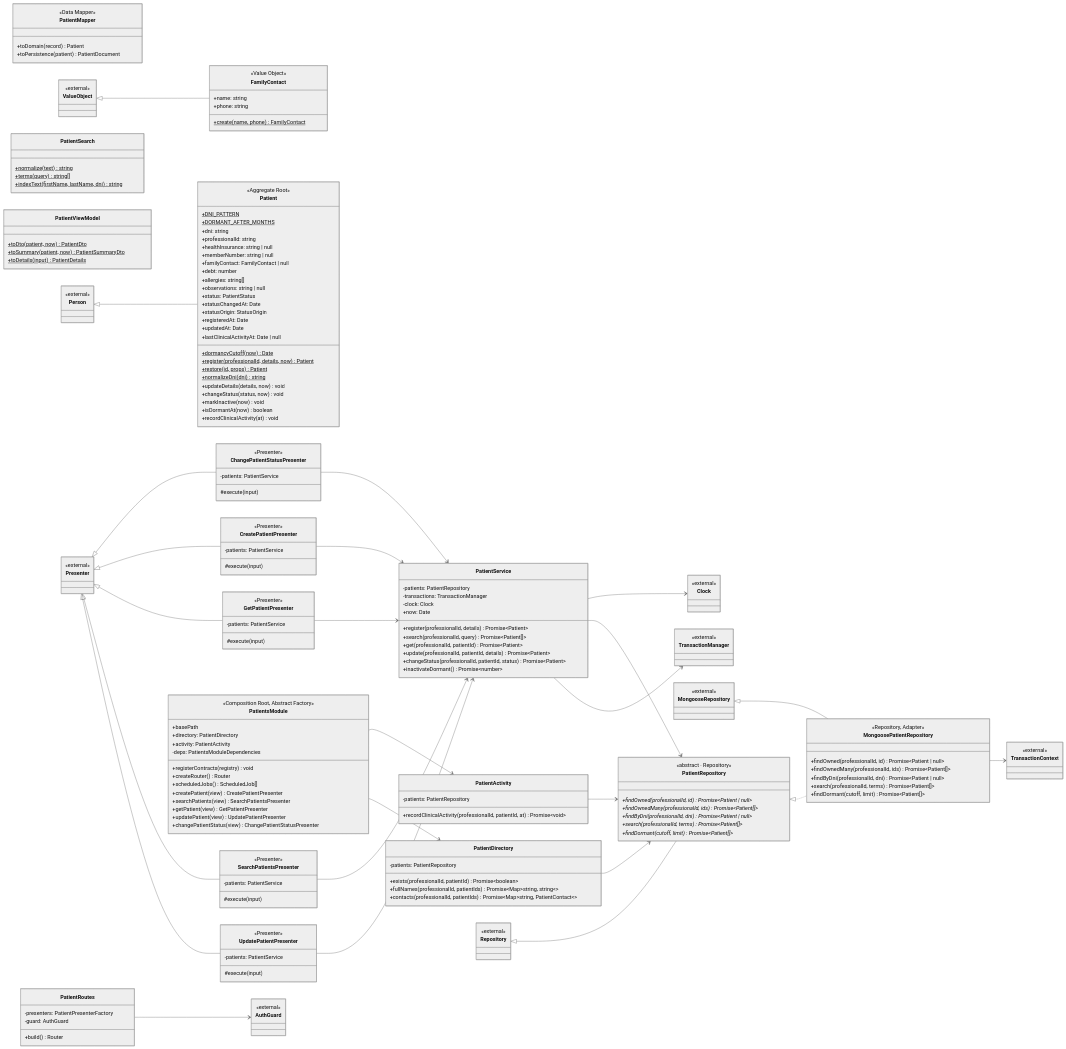
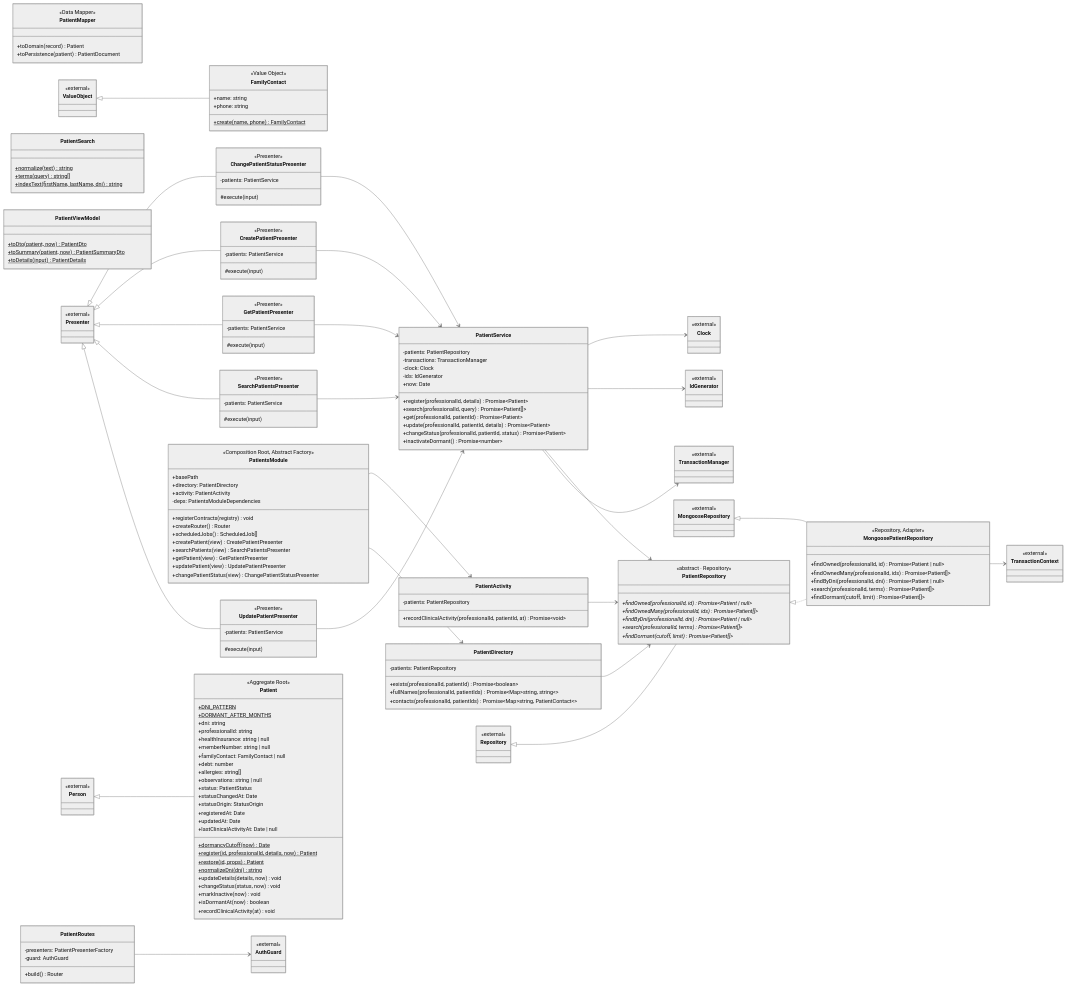
One commit to Org-Mentora/mentora-diploma changed diagram 11 of 14 in docs/architecture/class-diagram.md. Above: the diagram before and after it, drawn with Mermaid (neutral theme). The commit also changed other lines of this file and 41 other files, not shown here.

```diff
--- a/docs/architecture/class-diagram.md
+++ b/docs/architecture/class-diagram.md
@@ -1620,7 +1660,7 @@
     +DNI_PATTERN$
     +DORMANT_AFTER_MONTHS$
     +dormancyCutoff(now)$ Date
-    +register(professionalId, details, now)$ Patient
+    +register(id, professionalId, details, now)$ Patient
     +restore(id, props)$ Patient
     +normalizeDni(dni)$ string
     +updateDetails(details, now) void
@@ -1680,6 +1720,7 @@
     -patients: PatientRepository
     -transactions: TransactionManager
     -clock: Clock
+    -ids: IdGenerator
     +now: Date
     +register(professionalId, details) Promise~Patient~
     +search(professionalId, query) Promise~Patient[]~
@@ -1724,6 +1765,9 @@
   class Clock {
     <<external>>
   }
+  class IdGenerator {
+    <<external>>
+  }
   class MongooseRepository {
     <<external>>
   }
@@ -1755,6 +1799,7 @@
   PatientRepository <|.. MongoosePatientRepository
   PatientRoutes --> AuthGuard
   PatientService --> Clock
+  PatientService --> IdGenerator
   PatientService --> PatientRepository
   PatientService --> TransactionManager
   PatientsModule --> PatientActivity
```
